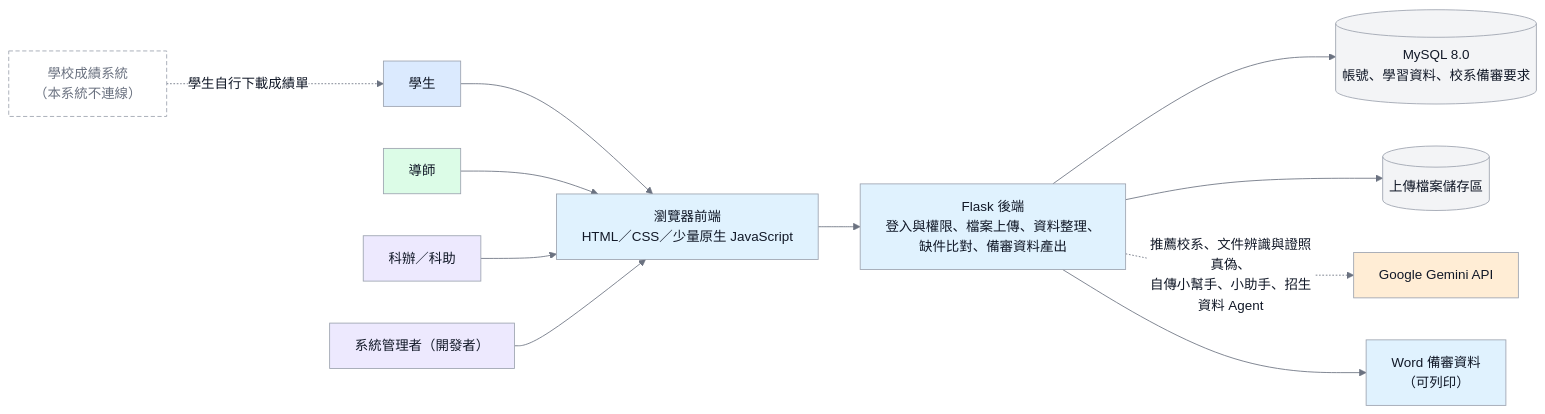
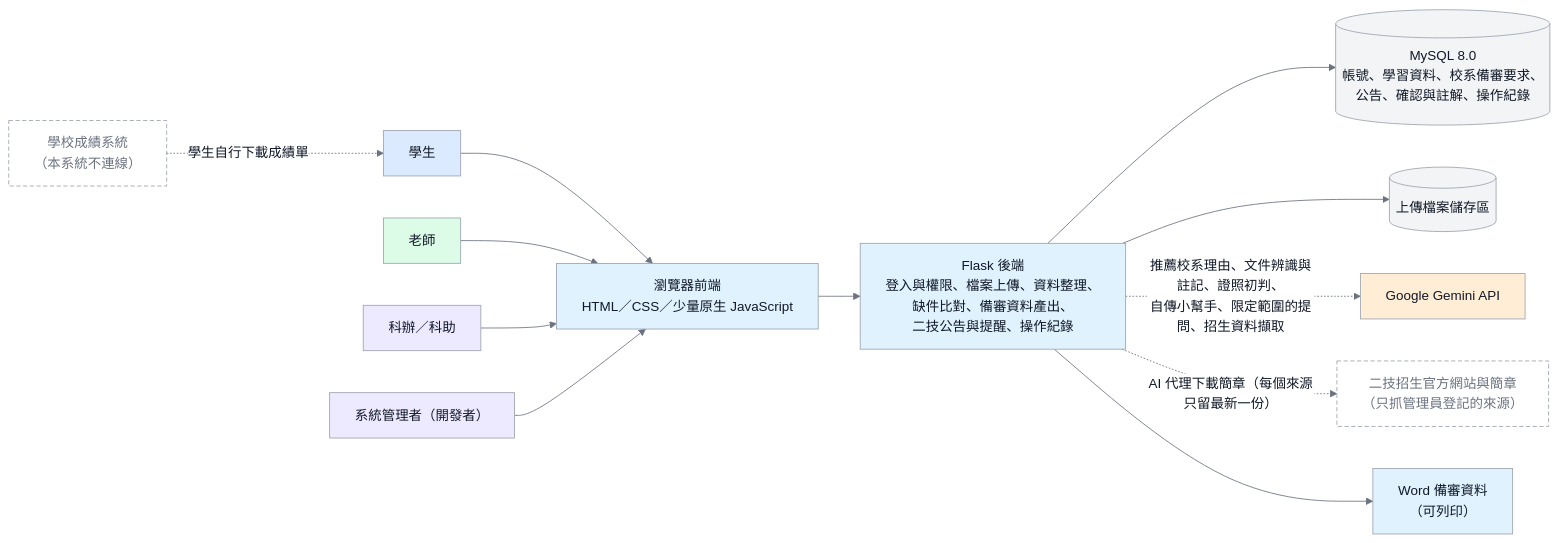
One commit to vujhdcusa/1028 changed the diagram in docs/images/D-05-system-architecture.mmd. Above: the diagram before and after it, drawn with Mermaid. The commit also changed 42 other files, not shown here.

Commit message:
流程圖依 10-10 定案更新：圖 5、8、9、11～16 與使用案例圖；新增圖 17 二技公告；ERD 補 6 張表；新增流程圖彙整簡報（不覆蓋 10-07 討論簡報）

```diff
--- a/docs/images/D-05-system-architecture.mmd
+++ b/docs/images/D-05-system-architecture.mmd
@@ -1,28 +1,30 @@
 %%{init: {'theme':'base','themeVariables': {'fontFamily':'Microsoft JhengHei, Noto Sans TC, Arial, sans-serif','primaryColor':'#F3F4F6','primaryTextColor':'#111827','primaryBorderColor':'#9CA3AF','lineColor':'#6B7280','edgeLabelBackground':'#FFFFFF'},'flowchart':{'wrappingWidth':400}}}%%
 flowchart LR
     classDef student fill:#DBEAFE,stroke:#9CA3AF,color:#111827,stroke-width:1px;
     classDef teacher fill:#DCFCE7,stroke:#9CA3AF,color:#111827,stroke-width:1px;
     classDef admin fill:#EDE9FE,stroke:#9CA3AF,color:#111827,stroke-width:1px;
     classDef backend fill:#E0F2FE,stroke:#9CA3AF,color:#111827,stroke-width:1px;
     classDef db fill:#F3F4F6,stroke:#9CA3AF,color:#111827,stroke-width:1px;
     classDef ai fill:#FFEDD5,stroke:#9CA3AF,color:#111827,stroke-width:1px;
     classDef external fill:#FFFFFF,stroke:#9CA3AF,color:#6B7280,stroke-width:1px,stroke-dasharray:5 3;
 
     School[學校成績系統<br/>（本系統不連線）]:::external
+    Official[二技招生官方網站與簡章<br/>（只抓管理員登記的來源）]:::external
     Student[學生]:::student
-    Teacher[導師]:::teacher
+    Teacher[老師]:::teacher
     Staff[科辦／科助]:::admin
     Admin[系統管理者（開發者）]:::admin
 
     School -. 學生自行下載成績單 .-> Student
     Student --> UI
     Teacher --> UI
     Staff --> UI
     Admin --> UI
 
     UI[瀏覽器前端<br/>HTML／CSS／少量原生 JavaScript]:::backend
-    UI --> App[Flask 後端<br/>登入與權限、檔案上傳、資料整理、<br/>缺件比對、備審資料產出]:::backend
-    App --> DB[(MySQL 8.0<br/>帳號、學習資料、校系備審要求)]:::db
+    UI --> App[Flask 後端<br/>登入與權限、檔案上傳、資料整理、<br/>缺件比對、備審資料產出、<br/>二技公告與提醒、操作紀錄]:::backend
+    App --> DB[(MySQL 8.0<br/>帳號、學習資料、校系備審要求、<br/>公告、確認與註解、操作紀錄)]:::db
     App --> Files[(上傳檔案儲存區)]:::db
-    App -. 推薦校系、文件辨識與證照真偽、<br/>自傳小幫手、小助手、招生資料 Agent .-> Gemini[Google Gemini API]:::ai
+    App -. 推薦校系理由、文件辨識與註記、證照初判、<br/>自傳小幫手、限定範圍的提問、招生資料擷取 .-> Gemini[Google Gemini API]:::ai
+    App -. AI 代理下載簡章（每個來源只留最新一份） .-> Official
     App --> Doc[Word 備審資料<br/>（可列印）]:::backend
```
